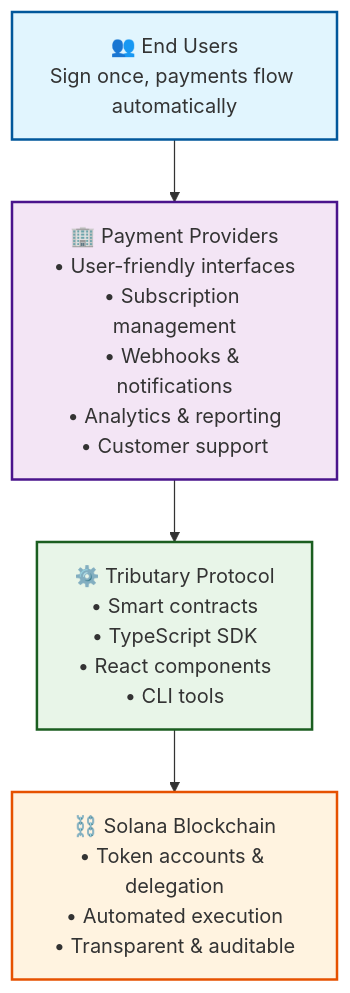
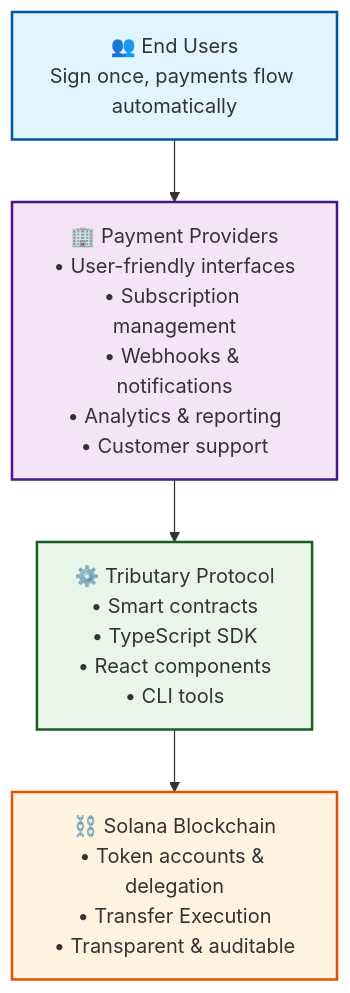
One commit to tributary-so/tributary changed the diagram in docs/docs/architecture.md. Above: the diagram before and after it, drawn with Mermaid. The commit also changed other lines of this file and 12 other files, not shown here.

````diff
--- a/docs/docs/architecture.md
+++ b/docs/docs/architecture.md
@@ -7,16 +7,16 @@
 ```mermaid
 graph TD
     A[👥 End Users<br/>Sign once, payments flow automatically]
     B[🏢 Payment Providers<br/>• User-friendly interfaces<br/>• Subscription management<br/>• Webhooks & notifications<br/>• Analytics & reporting<br/>• Customer support]
     C[⚙️ Tributary Protocol<br/>• Smart contracts<br/>• TypeScript SDK<br/>• React components<br/>• CLI tools]
-    D[⛓️ Solana Blockchain<br/>• Token accounts & delegation<br/>• Automated execution<br/>• Transparent & auditable]
+    D[⛓️ Solana Blockchain<br/>• Token accounts & delegation<br/>• Transfer Execution<br/>• Transparent & auditable]
 
     A --> B
     B --> C
     C --> D
 
     style A fill:#e1f5fe,stroke:#01579b,stroke-width:2px
     style B fill:#f3e5f5,stroke:#4a148c,stroke-width:2px
     style C fill:#e8f5e8,stroke:#1b5e20,stroke-width:2px
     style D fill:#fff3e0,stroke:#e65100,stroke-width:2px
 ```
````
